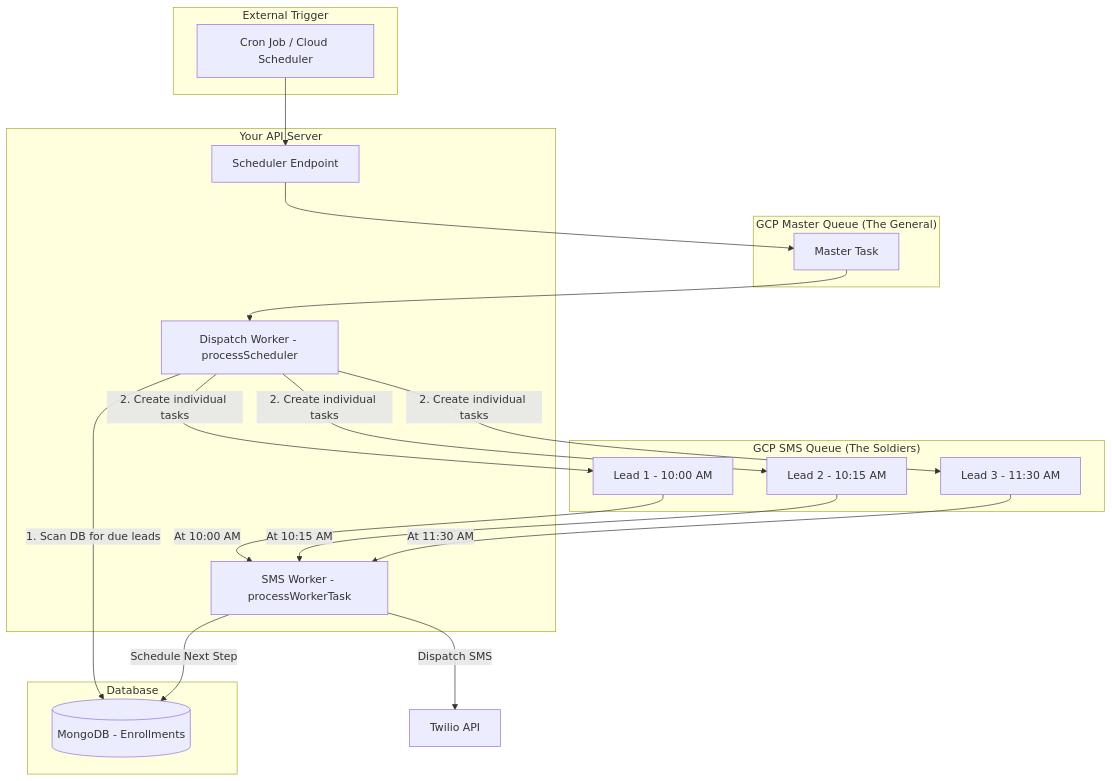
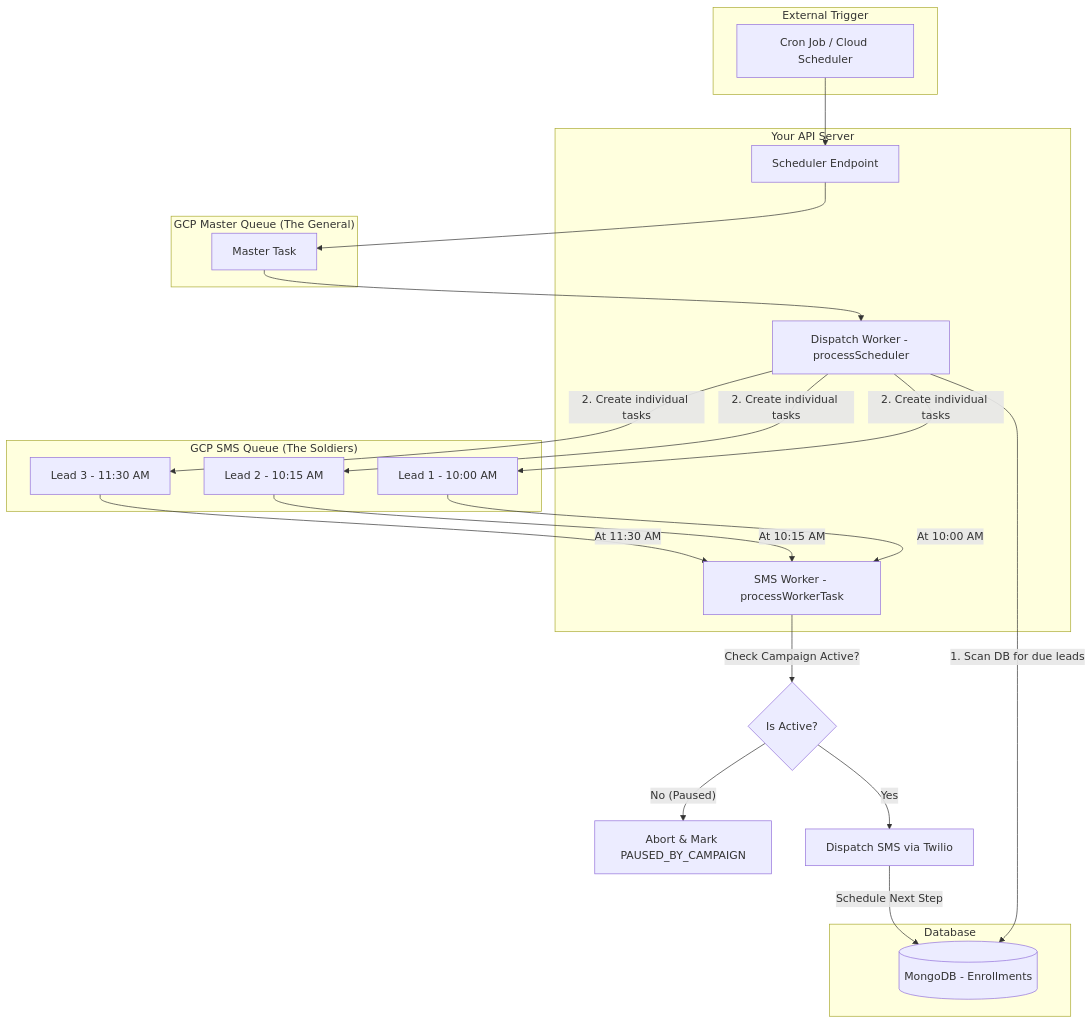
The diagram in apps/api/modules/smsCampaign/architechture.mermaid (MohakGupta2004/realty-crm), drawn with Mermaid before and after one commit. The commit also changed 6 other files, not shown here.

```diff
--- a/apps/api/modules/smsCampaign/architechture.mermaid
+++ b/apps/api/modules/smsCampaign/architechture.mermaid
@@ -1,39 +1,41 @@
 graph TD
     subgraph "External Trigger"
         Cron[Cron Job / Cloud Scheduler]
     end
 
     subgraph "GCP Master Queue (The General)"
         MT[Master Task]
     end
 
     subgraph "Your API Server"
         S1[Scheduler Endpoint]
         SW[Dispatch Worker - processScheduler]
         WW[SMS Worker - processWorkerTask]
     end
 
     subgraph "Database"
         DB[(MongoDB - Enrollments)]
     end
 
     subgraph "GCP SMS Queue (The Soldiers)"
         T1[Lead 1 - 10:00 AM]
         T2[Lead 2 - 10:15 AM]
         T3[Lead 3 - 11:30 AM]
     end
 
     Cron --> S1
     S1 --> MT
     MT --> SW
     SW -- "1. Scan DB for due leads" --> DB
     SW -- "2. Create individual tasks" --> T1
     SW -- "2. Create individual tasks" --> T2
     SW -- "2. Create individual tasks" --> T3
     
     T1 -- "At 10:00 AM" --> WW
     T2 -- "At 10:15 AM" --> WW
     T3 -- "At 11:30 AM" --> WW
     
-    WW -- "Dispatch SMS" --> Twilio[Twilio API]
-    WW -- "Schedule Next Step" --> DB
+    WW -- "Check Campaign Active?" --> Check{Is Active?}
+    Check -- "No (Paused)" --> Halt[Abort & Mark PAUSED_BY_CAMPAIGN]
+    Check -- "Yes" --> Twilio[Dispatch SMS via Twilio]
+    Twilio -- "Schedule Next Step" --> DB
```
